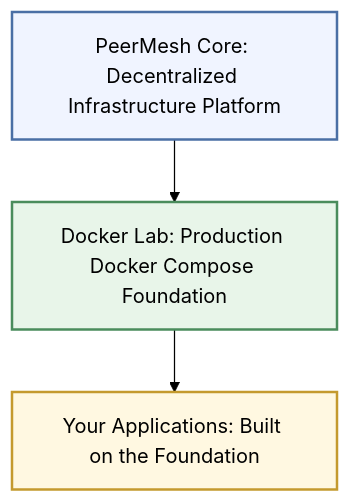
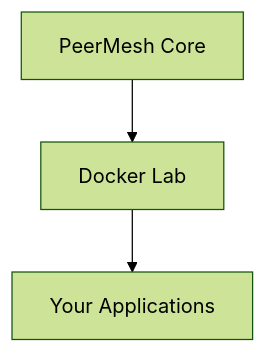
The first of 2 diagrams in docs/introduction.md (peermesh/docker-lab-docs), drawn with Mermaid (forest theme) before and after one commit. The commit also changed other lines of this file and 13 other files, not shown here.

First line of the commit message:
fix: improve diagram legibility and icon rendering

````diff
--- a/docs/introduction.md
+++ b/docs/introduction.md
@@ -70,13 +70,9 @@
 ```mermaid
 flowchart TB
-    PeerMesh["PeerMesh Core: Decentralized Infrastructure Platform"]
-    DockerLab["Docker Lab: Production Docker Compose Foundation"]
-    YourApps["Your Applications: Built on the Foundation"]
+    PeerMesh["PeerMesh Core"]
+    DockerLab["Docker Lab"]
+    YourApps["Your Applications"]
 
     PeerMesh --> DockerLab
     DockerLab --> YourApps
-
-    style PeerMesh fill:#f0f4ff,stroke:#4a6fa5,stroke-width:2px
-    style DockerLab fill:#e8f5e9,stroke:#4a8c5c,stroke-width:2px
-    style YourApps fill:#fff8e1,stroke:#c49a2e,stroke-width:2px
 ```
````
